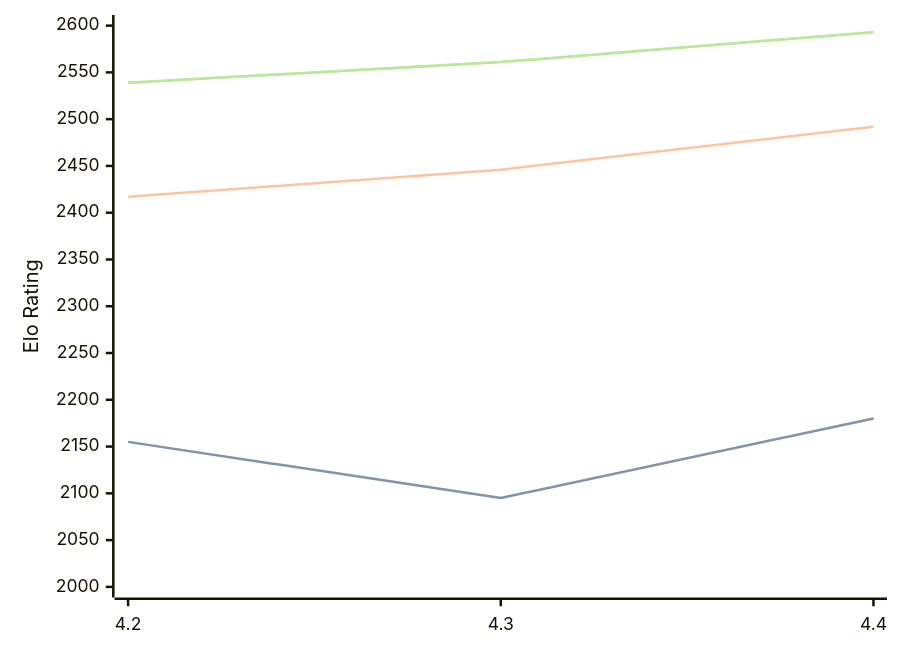
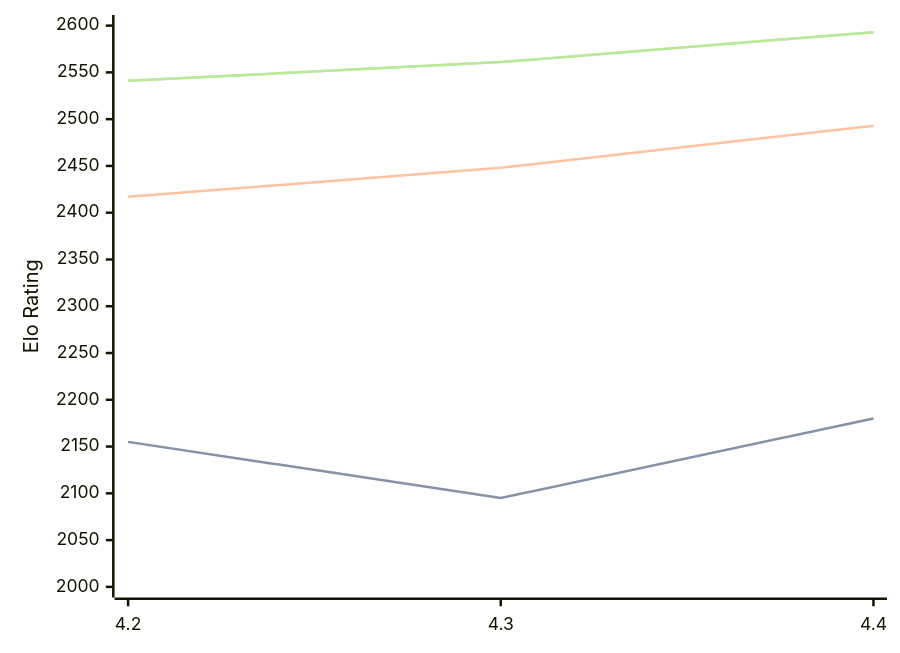
The diagram in engines/Eubos.md (computer-chess-index/cci), drawn with Mermaid before and after one commit. The commit also changed other lines of this file, not shown here.

Commit message:
Update CCI Ratings (ELO VLTC) - 2026-05-22

````diff
--- a/engines/Eubos.md
+++ b/engines/Eubos.md
@@ -89,11 +89,11 @@
 ```mermaid
 %%{init: {"theme":"base","themeVariables":{"seriesColors:['#a3a3a3','#222221','#faa371']}}}%%
 xychart-beta
   x-axis ["4.2", "4.3", "4.4"]
   y-axis "Elo Rating" 2000 --> 2600
   line "STC (8.0+0.08s)" [2155, 2095, 2180]
   line "STC (8.0+0.08s)" [2155, 2095, 2180]
-  line "LTC (60.0+0.60s)" [2417, 2446, 2492]
-  line "VLTC (2m24s+1.12s)" [2539, 2561, 2593]
-  line "VLTC (2m24s+1.12s)" [2539, 2561, 2593]
+  line "LTC (60.0+0.60s)" [2417, 2448, 2493]
+  line "VLTC (2m24s+1.12s)" [2541, 2561, 2593]
+  line "VLTC (2m24s+1.12s)" [2541, 2561, 2593]
 ```
````
